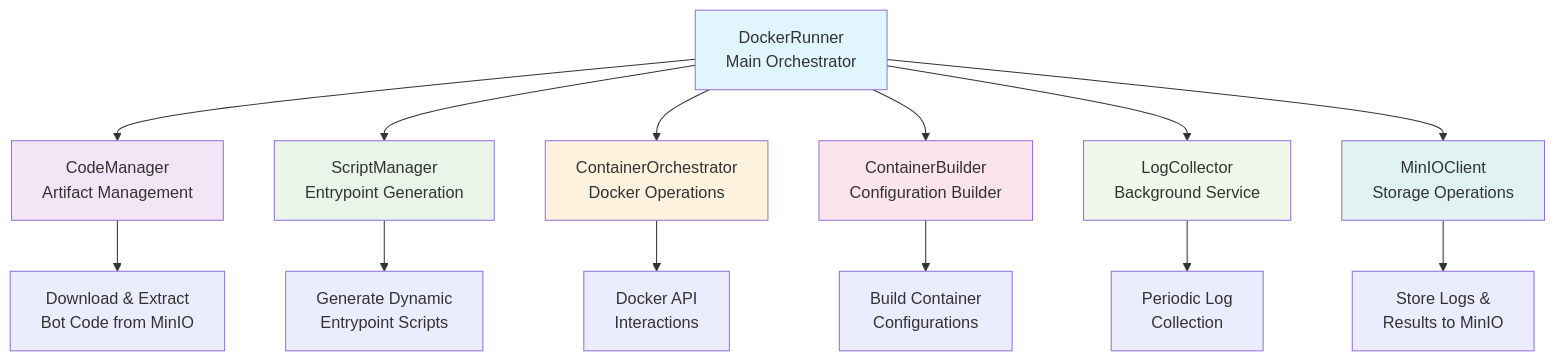
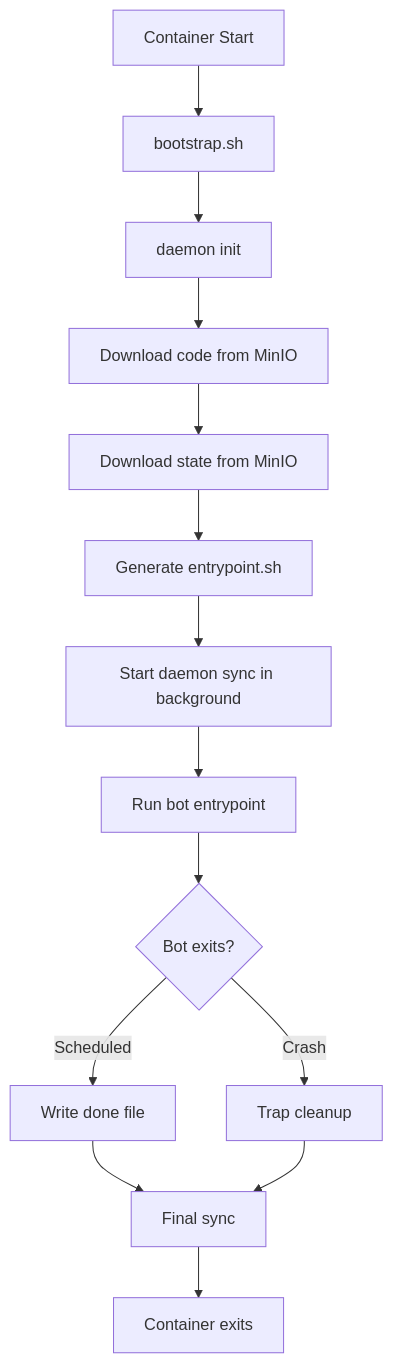
One commit to alexanderwanyoike/the0 changed the second of 2 diagrams in runtime/internal/docker/README.md. Above: the diagram before and after it, drawn with Mermaid. The commit also changed other lines of this file and 3 other files, not shown here.

````diff
--- a/runtime/internal/docker/README.md
+++ b/runtime/internal/docker/README.md
@@ -114,24 +47,16 @@
 ```mermaid
-graph TD
-    A[DockerRunner<br/>Main Orchestrator] --> B[CodeManager<br/>Artifact Management]
-    A --> C[ScriptManager<br/>Entrypoint Generation]
-    A --> D[ContainerOrchestrator<br/>Docker Operations]
-    A --> E[ContainerBuilder<br/>Configuration Builder]
-    A --> F[LogCollector<br/>Background Service]
-    A --> G[MinIOClient<br/>Storage Operations]
-    
-    B --> H[Download & Extract<br/>Bot Code from MinIO]
-    C --> I[Generate Dynamic<br/>Entrypoint Scripts]
-    D --> J[Docker API<br/>Interactions]
-    E --> K[Build Container<br/>Configurations]
-    F --> L[Periodic Log<br/>Collection]
-    G --> M[Store Logs &<br/>Results to MinIO]
-    
-    style A fill:#e1f5fe
-    style B fill:#f3e5f5
-    style C fill:#e8f5e8
-    style D fill:#fff3e0
-    style E fill:#fce4ec
-    style F fill:#f1f8e9
-    style G fill:#e0f2f1
+flowchart TD
+    A[Container Start] --> B[bootstrap.sh]
+    B --> C[daemon init]
+    C --> D[Download code from MinIO]
+    D --> E[Download state from MinIO]
+    E --> F[Generate entrypoint.sh]
+    F --> G[Start daemon sync in background]
+    G --> H[Run bot entrypoint]
+    H --> I{Bot exits?}
+    I -->|Scheduled| J[Write done file]
+    I -->|Crash| K[Trap cleanup]
+    J --> L[Final sync]
+    K --> L
+    L --> M[Container exits]
 ```
````
